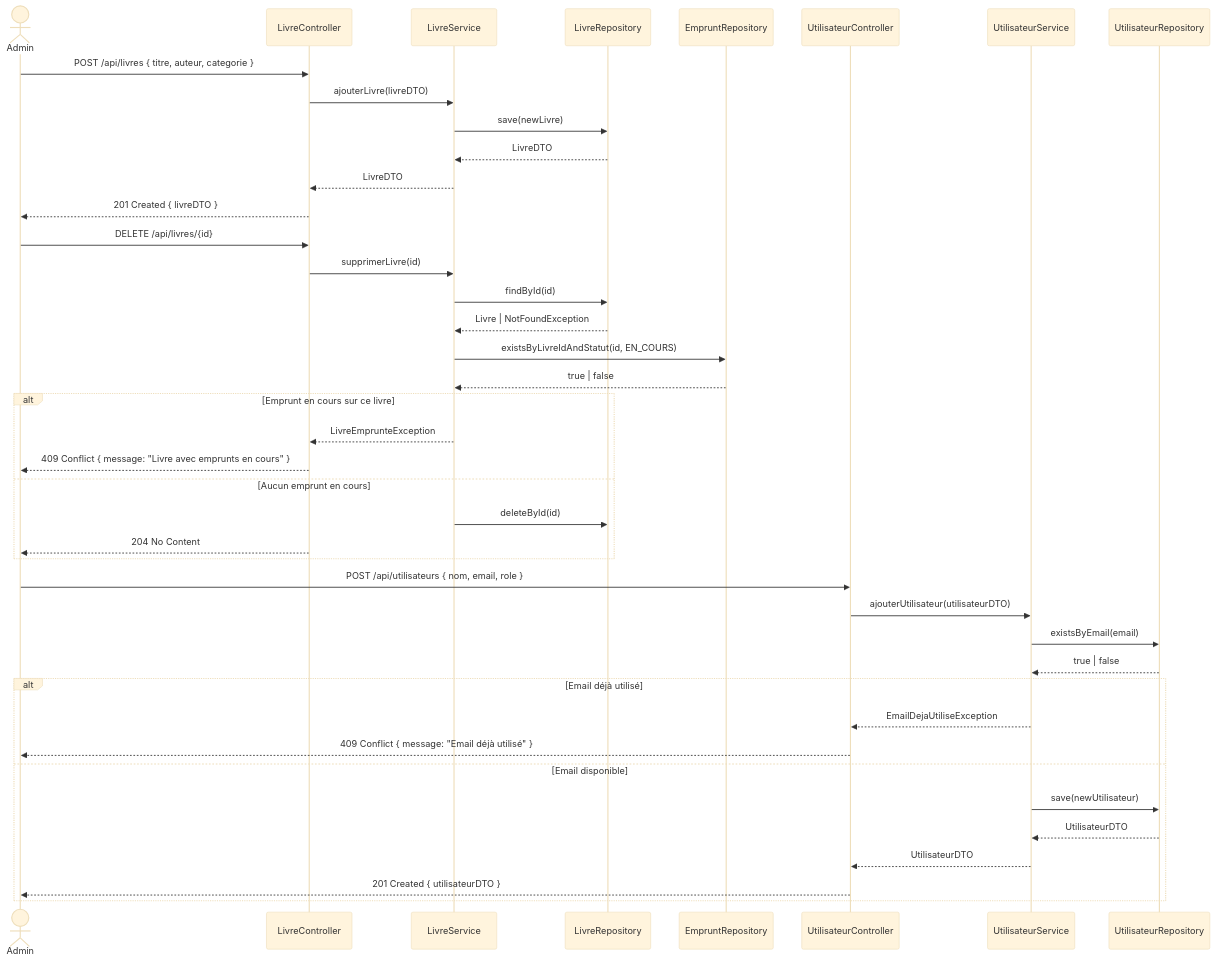
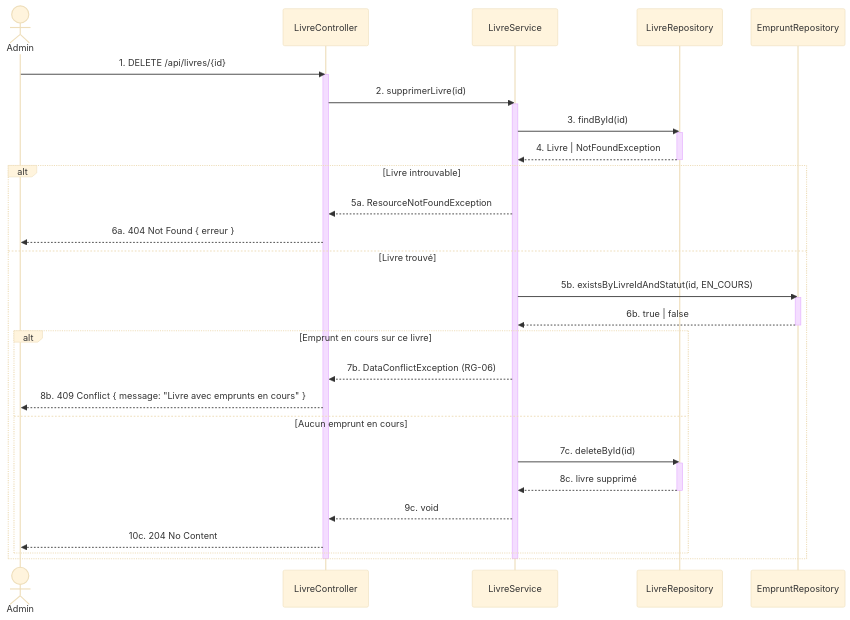
Before and after one commit to MahefasoaRAM/java-project: the fifth of 6 diagrams in analyse/ANALYSE.md, drawn with Mermaid (base theme). The commit also changed other lines of this file and 7 other files, not shown here.

Commit message:
feat: changed diagram to show use case

````diff
--- a/analyse/ANALYSE.md
+++ b/analyse/ANALYSE.md
@@ -259,51 +317,42 @@
 ```mermaid
 sequenceDiagram
     actor Admin
+    participant API as LivreController
+    participant SVC as LivreService
+    participant LREPO as LivreRepository
+    participant EREPO as EmpruntRepository
 
-    participant LivreController
-    participant LivreService
-    participant LivreRepository
+    Admin->>API: 1. DELETE /api/livres/{id}
+    activate API
+    API->>SVC: 2. supprimerLivre(id)
+    activate SVC
 
-    Admin->>LivreController: POST /api/livres { titre, auteur, categorie }
-    LivreController->>LivreService: ajouterLivre(livreDTO)
-    LivreService->>LivreRepository: save(newLivre)
-    LivreRepository-->>LivreService: LivreDTO
-    LivreService-->>LivreController: LivreDTO
-    LivreController-->>Admin: 201 Created { livreDTO }
+    SVC->>LREPO: 3. findById(id)
+    activate LREPO
+    LREPO-->>SVC: 4. Livre | NotFoundException
+    deactivate LREPO
 
-    Admin->>LivreController: DELETE /api/livres/{id}
-    LivreController->>LivreService: supprimerLivre(id)
-    LivreService->>LivreRepository: findById(id)
-    LivreRepository-->>LivreService: Livre | NotFoundException
+    alt Livre introuvable
+        SVC-->>API: 5a. ResourceNotFoundException
+        API-->>Admin: 6a. 404 Not Found { erreur }
+    else Livre trouvé
+        SVC->>EREPO: 5b. existsByLivreIdAndStatut(id, EN_COURS)
+        activate EREPO
+        EREPO-->>SVC: 6b. true | false
+        deactivate EREPO
 
-    participant EmpruntRepository
-    LivreService->>EmpruntRepository: existsByLivreIdAndStatut(id, EN_COURS)
-    EmpruntRepository-->>LivreService: true | false
-
-    alt Emprunt en cours sur ce livre
-        LivreService-->>LivreController: LivreEmprunteException
-        LivreController-->>Admin: 409 Conflict { message: "Livre avec emprunts en cours" }
-    else Aucun emprunt en cours
-        LivreService->>LivreRepository: deleteById(id)
-        LivreController-->>Admin: 204 No Content
+        alt Emprunt en cours sur ce livre
+            SVC-->>API: 7b. DataConflictException (RG-06)
+            API-->>Admin: 8b. 409 Conflict { message: "Livre avec emprunts en cours" }
+        else Aucun emprunt en cours
+            SVC->>LREPO: 7c. deleteById(id)
+            activate LREPO
+            LREPO-->>SVC: 8c. livre supprimé
+            deactivate LREPO
+            SVC-->>API: 9c. void
+            API-->>Admin: 10c. 204 No Content
+        end
     end
-
-    participant UtilisateurController
-    participant UtilisateurService
-    participant UtilisateurRepository
-
-    Admin->>UtilisateurController: POST /api/utilisateurs { nom, email, role }
-    UtilisateurController->>UtilisateurService: ajouterUtilisateur(utilisateurDTO)
-    UtilisateurService->>UtilisateurRepository: existsByEmail(email)
-    UtilisateurRepository-->>UtilisateurService: true | false
-
-    alt Email déjà utilisé
-        UtilisateurService-->>UtilisateurController: EmailDejaUtiliseException
-        UtilisateurController-->>Admin: 409 Conflict { message: "Email déjà utilisé" }
-    else Email disponible
-        UtilisateurService->>UtilisateurRepository: save(newUtilisateur)
-        UtilisateurRepository-->>UtilisateurService: UtilisateurDTO
-        UtilisateurService-->>UtilisateurController: UtilisateurDTO
-        UtilisateurController-->>Admin: 201 Created { utilisateurDTO }
-    end
+    deactivate SVC
+    deactivate API
 ```
````
